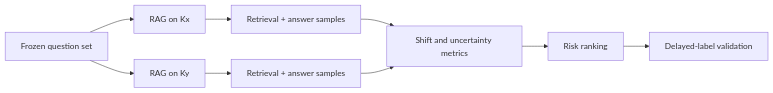
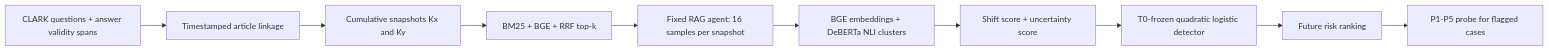
Before and after one commit to yoon-chan-hyeok/temporal-rag-drift: the diagram in README.md, drawn with Mermaid. The commit also changed other lines of this file and 92 other files, not shown here.

````diff
--- a/README.md
+++ b/README.md
@@ -27,11 +47,12 @@
 ```mermaid
 flowchart LR
-    Q["Frozen question set"] --> X["RAG on Kx"]
-    Q --> Y["RAG on Ky"]
-    X --> A["Retrieval + answer samples"]
-    Y --> B["Retrieval + answer samples"]
-    A --> M["Shift and uncertainty metrics"]
-    B --> M
-    M --> R["Risk ranking"]
-    R --> V["Delayed-label validation"]
+    A["CLARK questions + answer validity spans"] --> B["Timestamped article linkage"]
+    B --> C["Cumulative snapshots Kx and Ky"]
+    C --> D["BM25 + BGE + RRF top-k"]
+    D --> E["Fixed RAG agent: 16 samples per snapshot"]
+    E --> F["BGE embeddings + DeBERTa NLI clusters"]
+    F --> G["Shift score + uncertainty score"]
+    G --> H["T0-frozen quadratic logistic detector"]
+    H --> I["Future risk ranking"]
+    I --> J["P1-P5 probe for flagged cases"]
 ```
````
